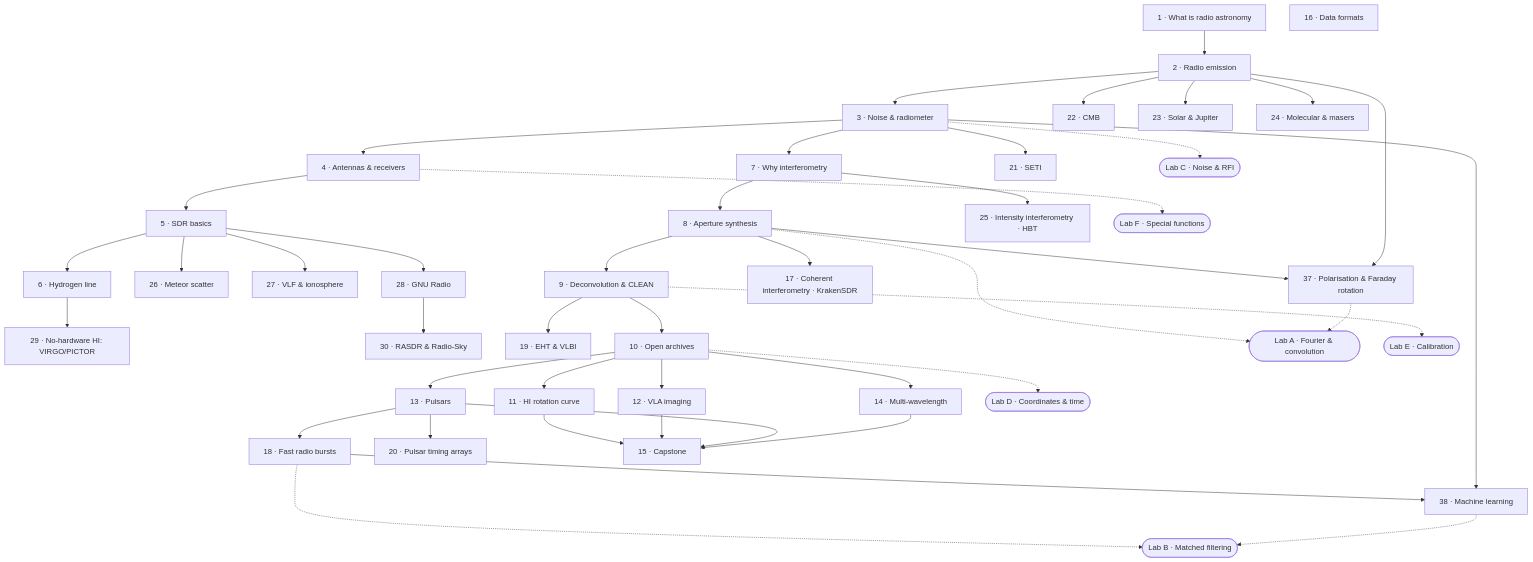
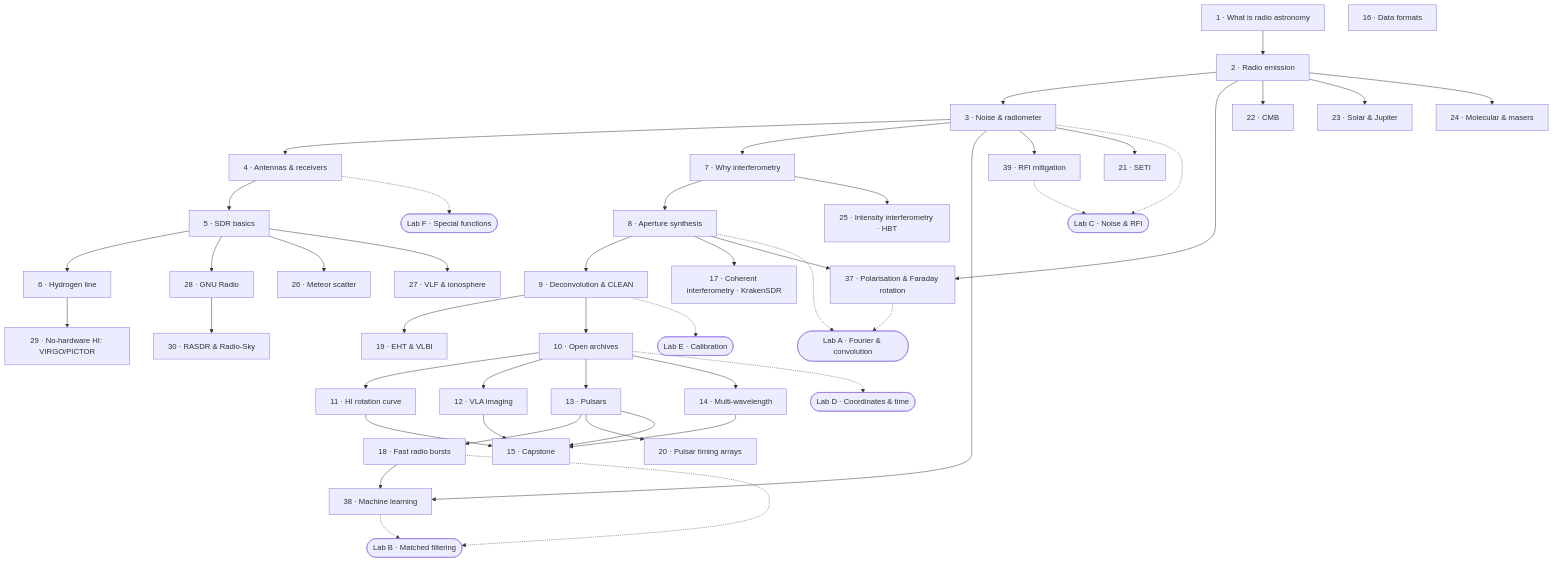
The diagram in docs/learning-paths.md (joebarbere/jansky), drawn with Mermaid before and after one commit. The commit also changed other lines of this file and 4 other files, not shown here.

First line of the commit message:
Plan 13A: add Chapter 39 (RFI Mitigation in Practice)

```diff
--- a/docs/learning-paths.md
+++ b/docs/learning-paths.md
@@ -65,6 +65,7 @@
   C23[23 · Solar & Jupiter]
   C24[24 · Molecular & masers]
   C38[38 · Machine learning]
+  C39[39 · RFI mitigation]
   C15[15 · Capstone]
   C9 --> C10 --> C11
   C10 --> C12
@@ -74,6 +75,7 @@
   C13 --> C20
   C18 --> C38
   C3 --> C38
+  C3 --> C39
   C3 --> C21
   C2 --> C22
   C2 --> C23
@@ -95,6 +97,7 @@
   C18 -.-> LB
   C38 -.-> LB
   C3 -.-> LC
+  C39 -.-> LC
   C10 -.-> LD
   C9 -.-> LE
   C4 -.-> LF
```
